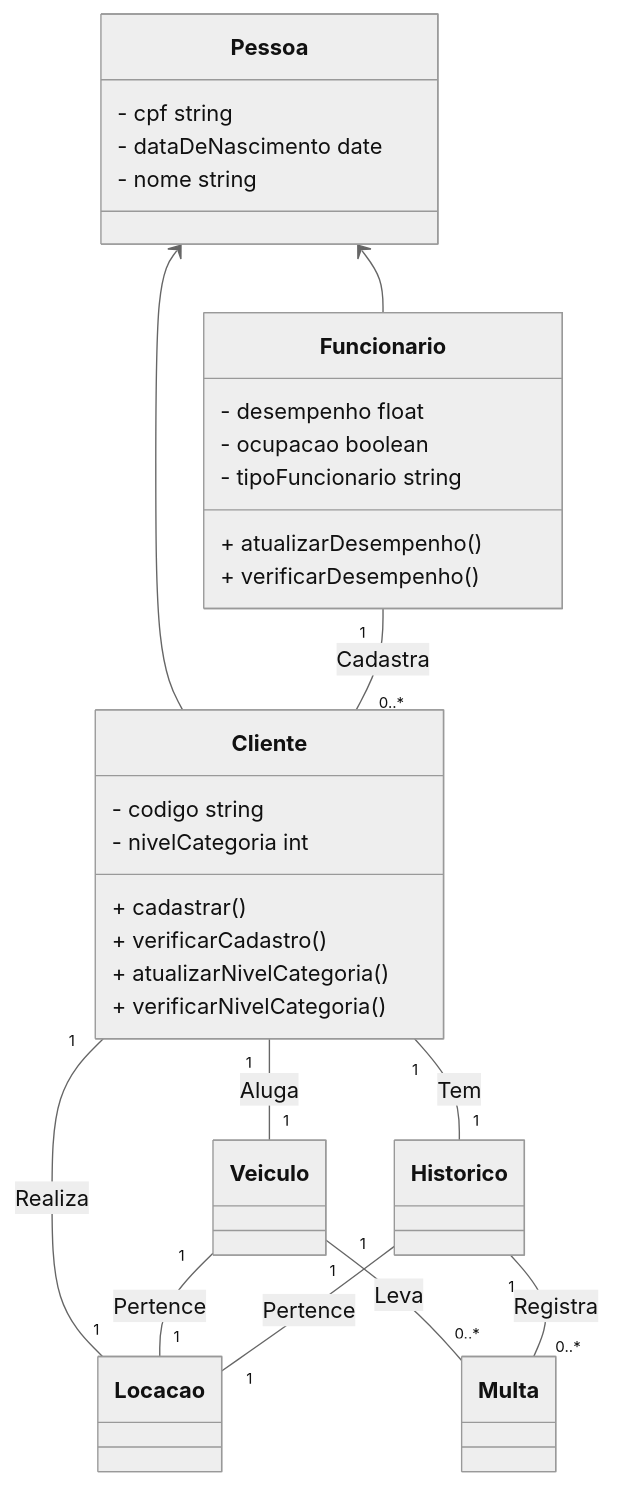
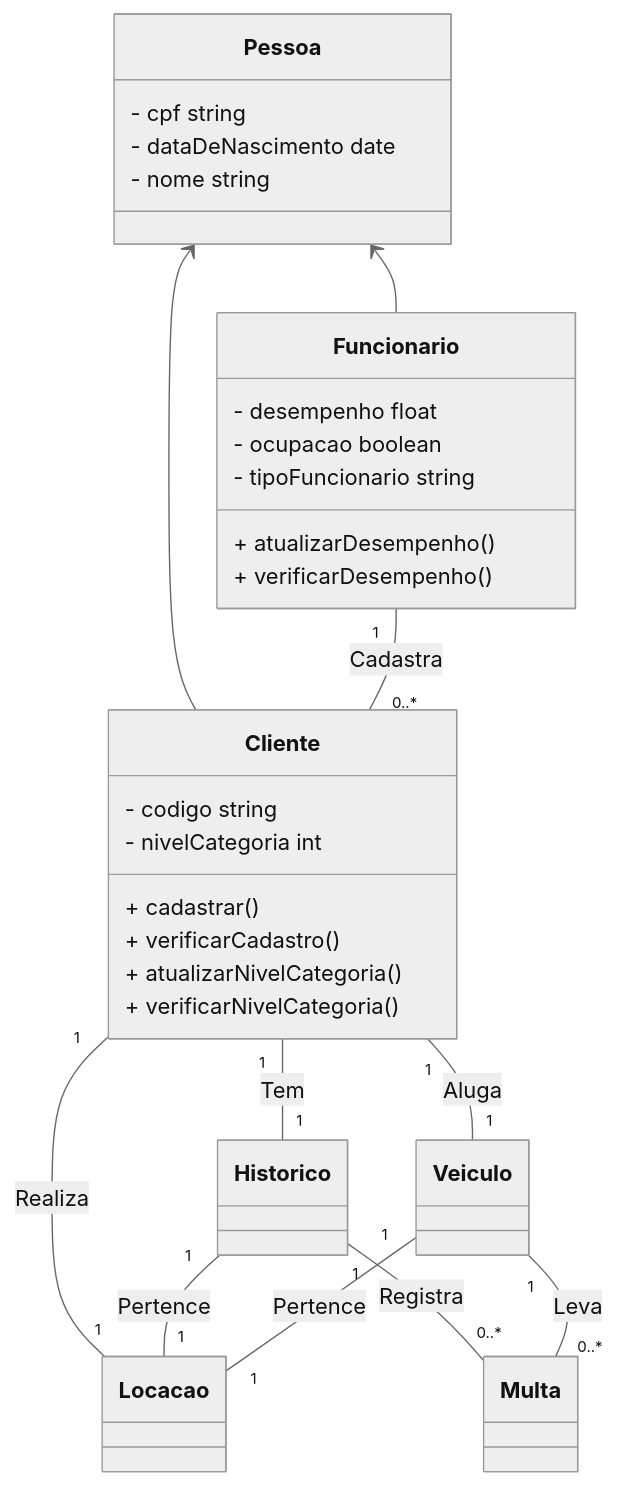
The second of 2 diagrams in README.md (iagorosa28/mod_software), drawn with Mermaid (neutral theme) before and after one commit. The commit also changed other lines of this file, not shown here.

````diff
--- a/README.md
+++ b/README.md
@@ -153,36 +153,36 @@
 ```mermaid
 classDiagram
   Pessoa <-- Cliente
   Pessoa <-- Funcionario
   Funcionario "1" -- "0..*" Cliente : Cadastra
   Cliente "1" -- "1" Locacao : Realiza
   Cliente "1" -- "1" Veiculo : Aluga
   Cliente "1" -- "1" Historico : Tem
+  Historico "1" -- "1" Locacao : Pertence
+  Historico "1" -- "0..*" Multa : Registra
   Veiculo "1" -- "1" Locacao : Pertence
-  Historico "1" -- "1" Locacao : Pertence
   Veiculo "1" -- "0..*" Multa : Leva
-  Historico "1" -- "0..*" Multa : Registra
 
   class Pessoa{
   - cpf string
   - dataDeNascimento date
   - nome string
   }
 
   class Cliente{
   - codigo string
   - nivelCategoria int
   + cadastrar()
   + verificarCadastro()
   + atualizarNivelCategoria()
   + verificarNivelCategoria()
   }
 
   class Funcionario{
   - desempenho float
   - ocupacao boolean
   - tipoFuncionario string
   + atualizarDesempenho()
   + verificarDesempenho()
   }
 ```
````
